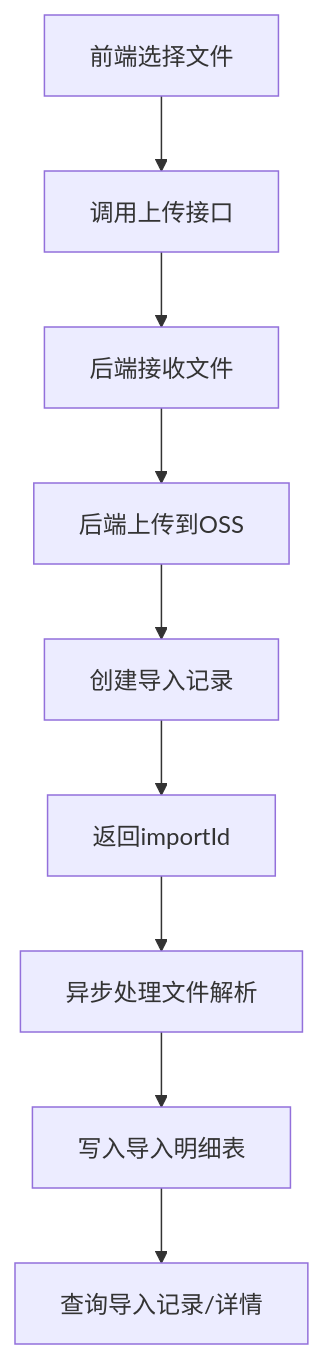
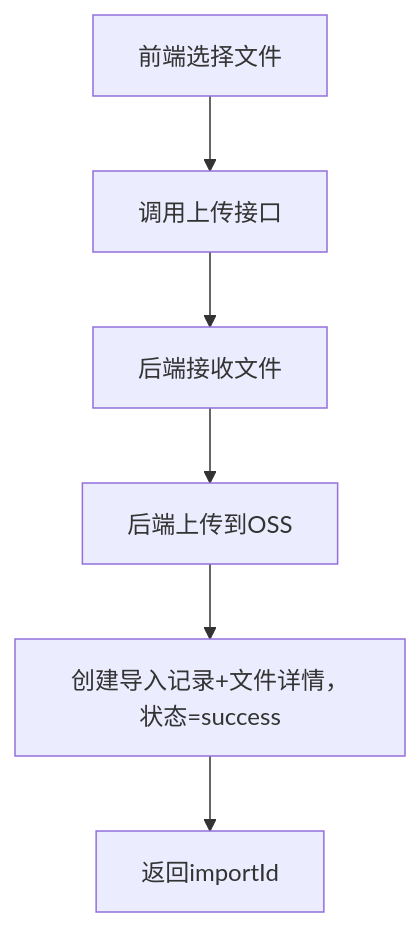
One commit to DavidLoman100/ruoyi-ui changed the second of 3 diagrams in doc/api/dv-file/文件导入-业务流程.md. Above: the diagram before and after it, drawn with Mermaid. The commit also changed other lines of this file and 4 other files, not shown here.

````diff
--- a/doc/api/dv-file/文件导入-业务流程.md
+++ b/doc/api/dv-file/文件导入-业务流程.md
@@ -28,11 +24,8 @@
 ```mermaid
 graph TB
     A[前端选择文件] --> B[调用上传接口]
     B --> C[后端接收文件]
     C --> D[后端上传到OSS]
-    D --> E[创建导入记录]
+    D --> E[创建导入记录+文件详情，状态=success]
     E --> F[返回importId]
-    F --> G[异步处理文件解析]
-    G --> H[写入导入明细表]
-    H --> I[查询导入记录/详情]
 ```
````
